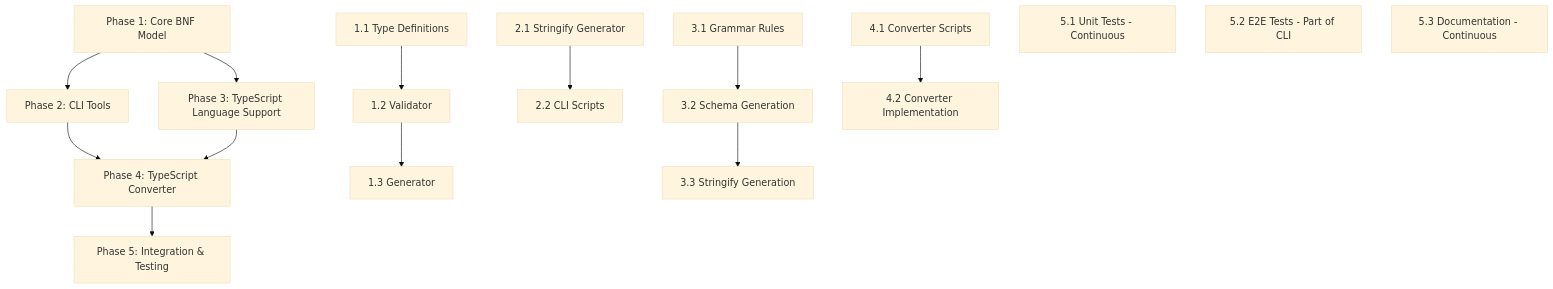
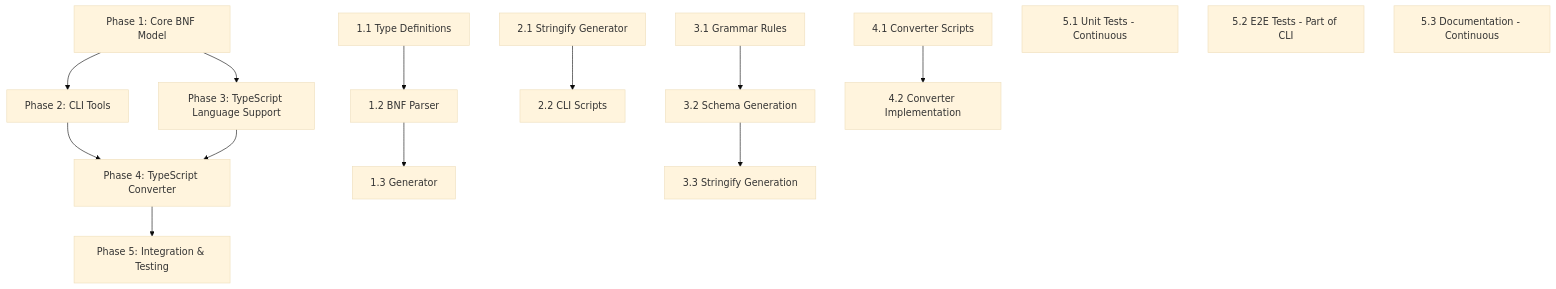
Before and after one commit to wewei/arbores: the diagram in docs/bnf-model-implementation-plan.md, drawn with Mermaid (base theme). The commit also changed other lines of this file and 10 other files, not shown here.

````diff
--- a/docs/bnf-model-implementation-plan.md
+++ b/docs/bnf-model-implementation-plan.md
@@ -173,22 +174,22 @@
 ```mermaid
 graph TD
     A[Phase 1: Core BNF Model] --> B[Phase 2: CLI Tools]
     A --> C[Phase 3: TypeScript Language Support]
     B --> D[Phase 4: TypeScript Converter]
     C --> D
     D --> E[Phase 5: Integration & Testing]
     
-    A1[1.1 Type Definitions] --> A2[1.2 Validator]
+    A1[1.1 Type Definitions] --> A2[1.2 BNF Parser]
     A2 --> A3[1.3 Generator]
     
     B1[2.1 Stringify Generator] --> B2[2.2 CLI Scripts]
     
     C1[3.1 Grammar Rules] --> C2[3.2 Schema Generation]
     C2 --> C3[3.3 Stringify Generation]
     
     D1[4.1 Converter Scripts] --> D2[4.2 Converter Implementation]
     
     E1[5.1 Unit Tests - Continuous]
     E2[5.2 E2E Tests - Part of CLI]
     E3[5.3 Documentation - Continuous]
 ```
````
